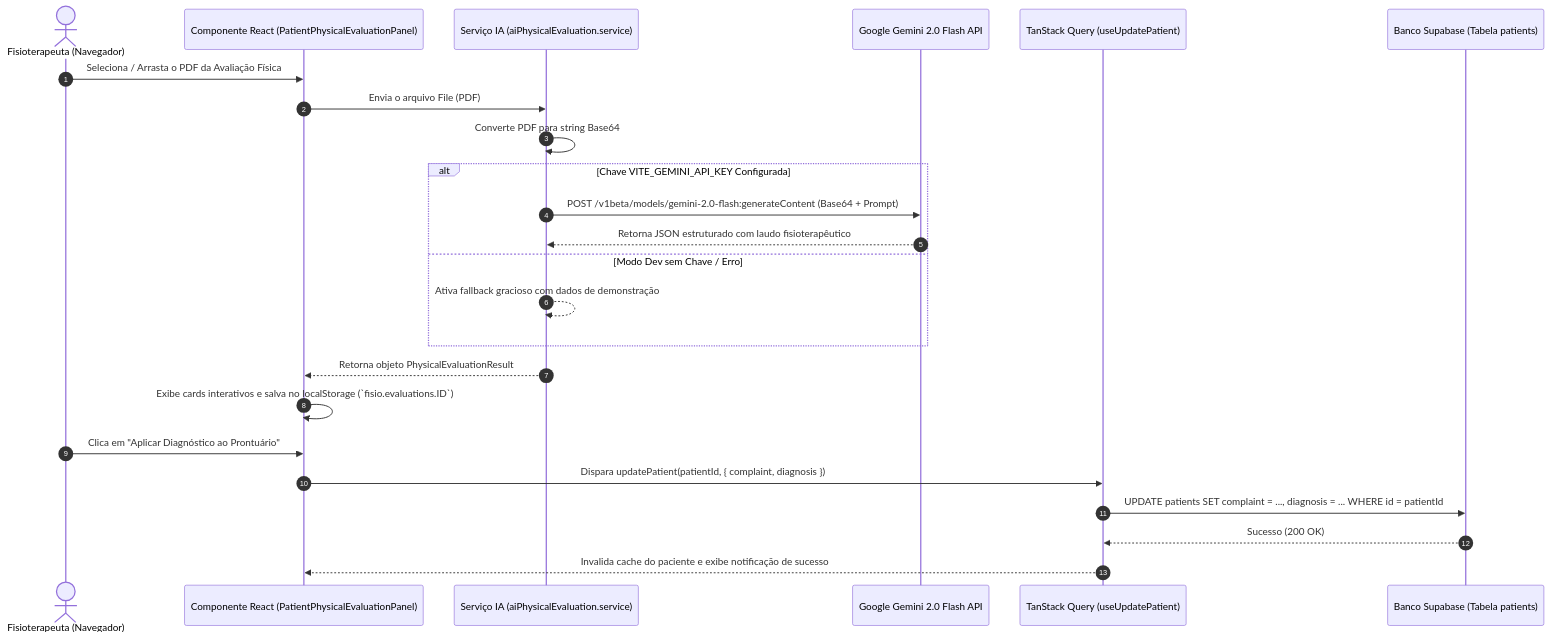
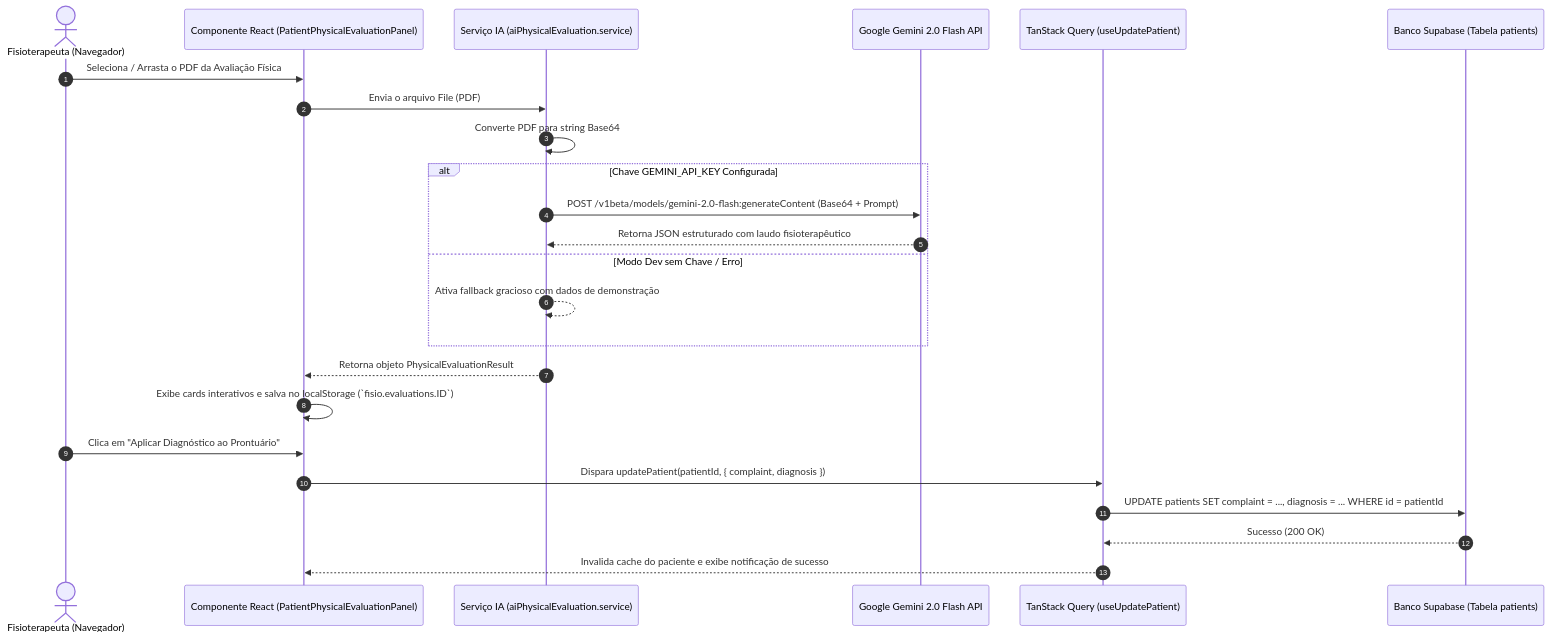
The diagram in AI_EVALUATION_FLOW.md (NizTECHorg/Projeto-Roberta), drawn with Mermaid before and after one commit. The commit also changed other lines of this file and 6 other files, not shown here.

````diff
--- a/AI_EVALUATION_FLOW.md
+++ b/AI_EVALUATION_FLOW.md
@@ -9,30 +9,30 @@
 ```mermaid
 sequenceDiagram
     autonumber
     actor Fisioterapeuta as Fisioterapeuta (Navegador)
     participant UI as Componente React (PatientPhysicalEvaluationPanel)
     participant AIService as Serviço IA (aiPhysicalEvaluation.service)
     participant Gemini as Google Gemini 2.0 Flash API
     participant Query as TanStack Query (useUpdatePatient)
     participant Supabase as Banco Supabase (Tabela patients)
 
     Fisioterapeuta->>UI: Seleciona / Arrasta o PDF da Avaliação Física
     UI->>AIService: Envia o arquivo File (PDF)
     AIService->>AIService: Converte PDF para string Base64
     
-    alt Chave VITE_GEMINI_API_KEY Configurada
+    alt Chave GEMINI_API_KEY Configurada
         AIService->>Gemini: POST /v1beta/models/gemini-2.0-flash:generateContent (Base64 + Prompt)
         Gemini-->>AIService: Retorna JSON estruturado com laudo fisioterapêutico
     else Modo Dev sem Chave / Erro
         AIService-->>AIService: Ativa fallback gracioso com dados de demonstração
     end
 
     AIService-->>UI: Retorna objeto PhysicalEvaluationResult
     UI->>UI: Exibe cards interativos e salva no localStorage (`fisio.evaluations.ID`)
     
     Fisioterapeuta->>UI: Clica em "Aplicar Diagnóstico ao Prontuário"
     UI->>Query: Dispara updatePatient(patientId, { complaint, diagnosis })
     Query->>Supabase: UPDATE patients SET complaint = ..., diagnosis = ... WHERE id = patientId
     Supabase-->>Query: Sucesso (200 OK)
     Query-->>UI: Invalida cache do paciente e exibe notificação de sucesso
 ```
````
